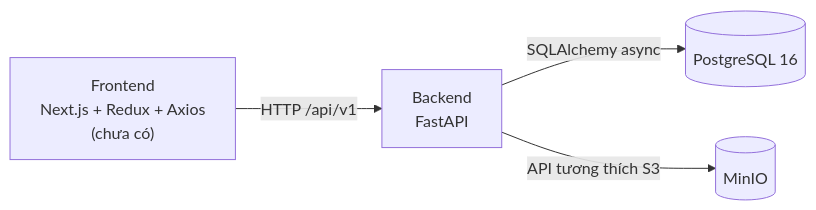
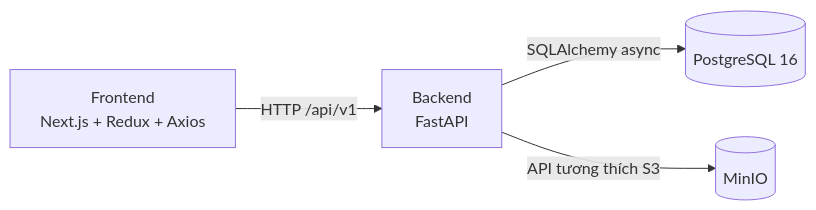
Before and after one commit to Minhduc7904/K5-Day15-L3B-xoilac: the diagram in docs/architecture/system-overview.md, drawn with Mermaid. The commit also changed other lines of this file and 27 other files, not shown here.

````diff
--- a/docs/architecture/system-overview.md
+++ b/docs/architecture/system-overview.md
@@ -13,6 +13,6 @@
 ```mermaid
 flowchart LR
-  FE["Frontend<br/>Next.js + Redux + Axios<br/>(chưa có)"] -- "HTTP /api/v1" --> BE["Backend<br/>FastAPI"]
+  FE["Frontend<br/>Next.js + Redux + Axios"] -- "HTTP /api/v1" --> BE["Backend<br/>FastAPI"]
   BE -- "SQLAlchemy async" --> PG[("PostgreSQL 16")]
   BE -- "API tương thích S3" --> MN[("MinIO")]
 ```
````
